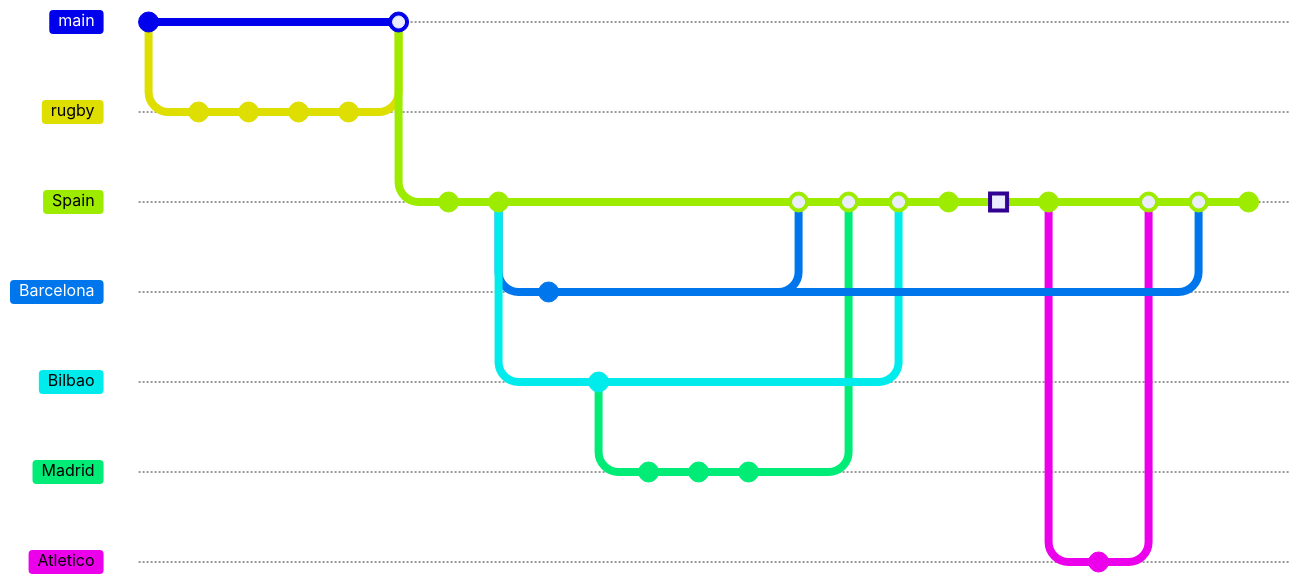
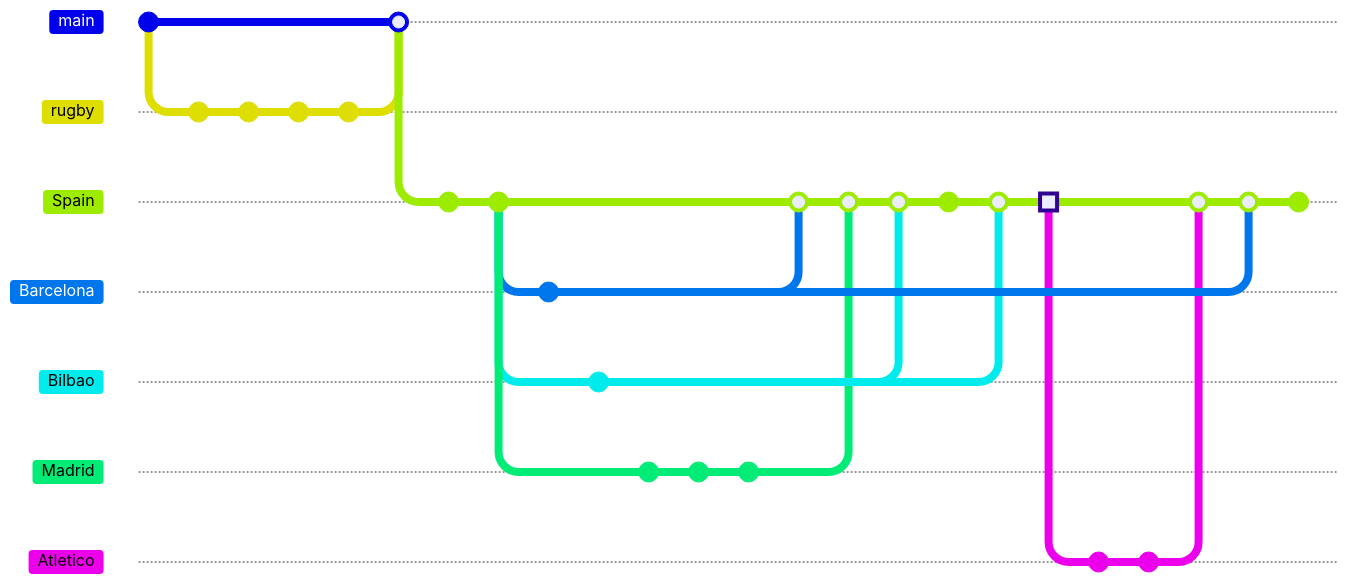
One commit to sarnobat/mermaid changed the first of 8 diagrams in README.md. Above: the diagram before and after it, drawn with Mermaid. Commit ids are hidden.

````diff
--- a/README.md
+++ b/README.md
@@ -14,41 +14,43 @@
 ```mermaid
 gitGraph:
     commit id: "begin"
     branch rugby
     checkout rugby
     commit id: "1845 Rugby school football rules published"
     commit id: "1847 Eton school football rules published"
     commit id: "1863 October FA rules created"
     commit id: "1863 FA Founded in London"
     checkout main
     merge rugby
     branch Spain
     commit id: "1889 December 23 Recreativo Huelva founded"
     commit id: "1890 Sevilla founded"
     branch Barcelona
     checkout Barcelona
     commit id: "1898 Barcelona founded"
     checkout Spain
     branch Bilbao
     checkout Bilbao
     commit id: "1898 July 18 Bilbao founded"
+    checkout Spain
     branch Madrid
     commit "club 1 founded"
     commit "club 2 founded"
     commit "1902 merged clubs"
     checkout Bilbao
     checkout Spain
     merge Barcelona
     merge Madrid
     merge Bilbao
     commit id: "1902 Copa"
+    merge Bilbao
     commit id: "1903 Copa de la Coronacion" type: HIGHLIGHT
-    commit id: "Attended by Bilbao students in Madrid"
     branch Atletico
     checkout Atletico
+    commit id: "Attended by Bilbao students in Madrid"
     commit id: "1908 Stripes vs Real"
     checkout Spain
     merge Atletico
     merge Barcelona
     commit id: "1921 Copa del Rey final"
 ```
````
